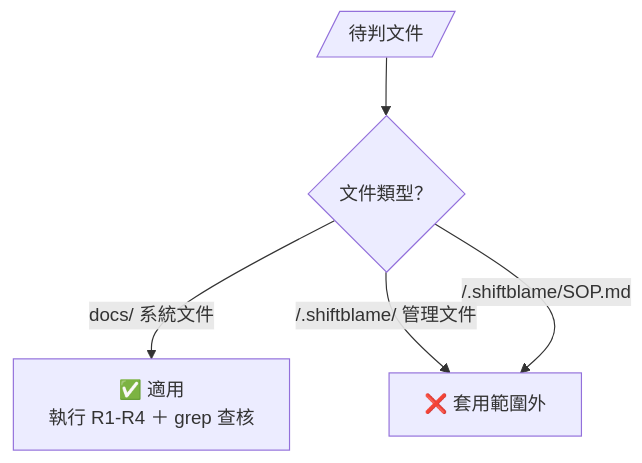
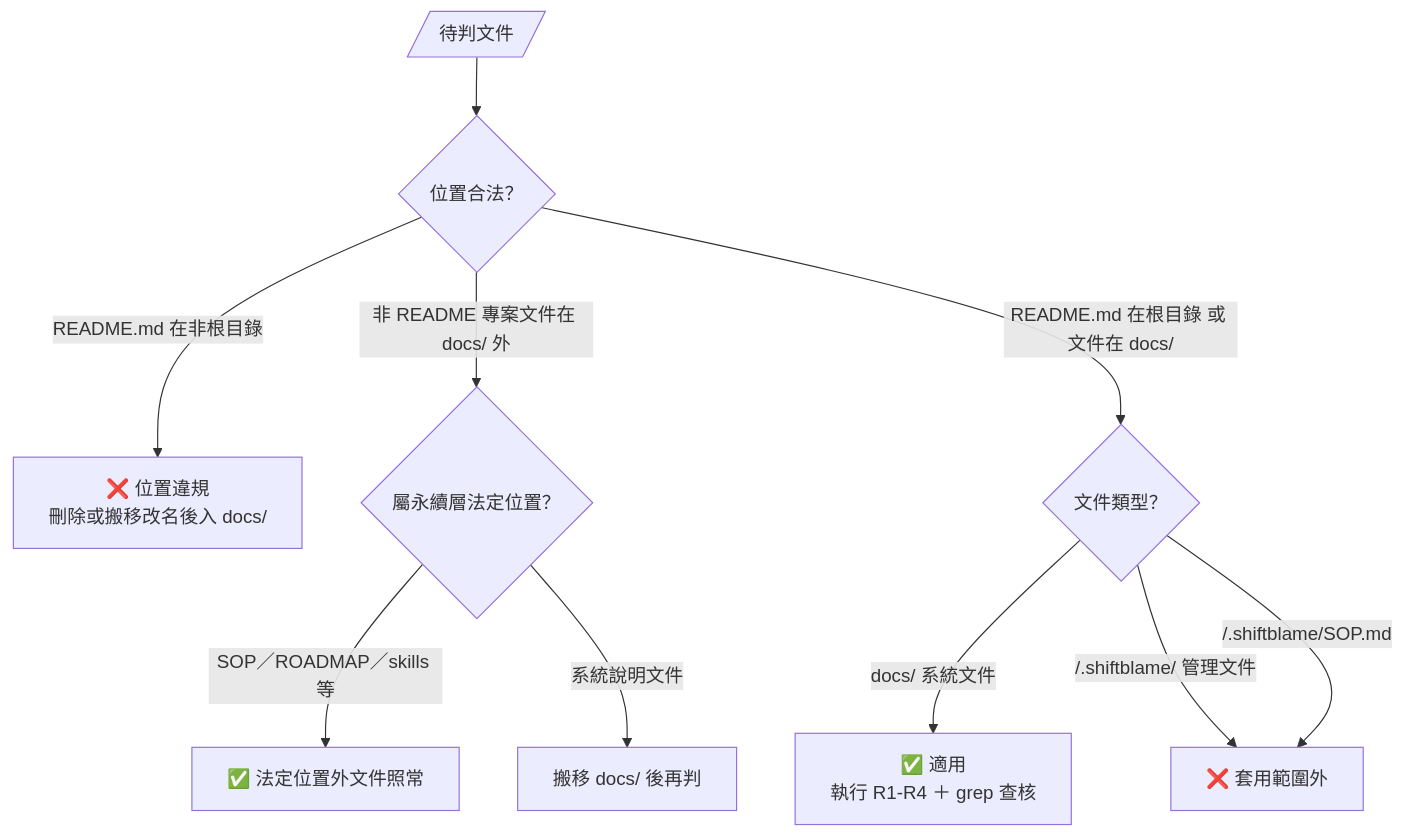
The first of 2 diagrams in skills/shiftblame/assets/DOCS.md (teps3105/shiftblame), drawn with Mermaid before and after one commit. The commit also changed other lines of this file and 20 other files, not shown here.

````diff
--- a/skills/shiftblame/assets/DOCS.md
+++ b/skills/shiftblame/assets/DOCS.md
@@ -11,7 +11,12 @@
 ```mermaid
 flowchart TD
-    File[/待判文件/] --> Type{文件類型？}
+    File[/待判文件/] --> Pos{位置合法？}
+    Pos -- "README.md 在非根目錄" --> Bad[❌ 位置違規<br/>刪除或搬移改名後入 docs/]
+    Pos -- "非 README 專案文件在 docs/ 外" --> Q{屬永續層法定位置？}
+    Q -- "SOP／ROADMAP／skills 等" --> Ok["✅ 法定位置外文件照常"]
+    Q -- "系統說明文件" --> Move["搬移 docs/ 後再判"]
+    Pos -- "README.md 在根目錄 或 文件在 docs/" --> Type{文件類型？}
     Type -- "docs/ 系統文件" --> Apply["✅ 適用<br/>執行 R1-R4 ＋ grep 查核"]
     Type -- "<repo>/.shiftblame/ 管理文件" --> NoApply["❌ 套用範圍外"]
     Type -- "<repo>/.shiftblame/SOP.md" --> NoApply
 ```
````
